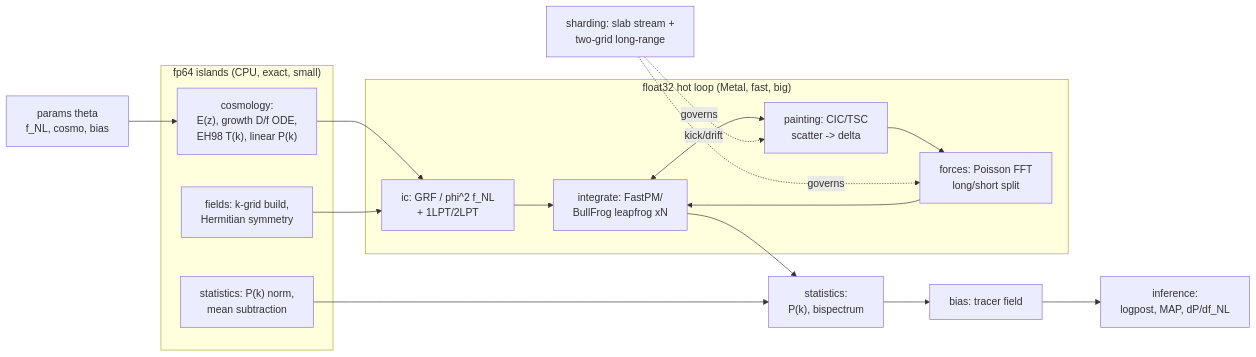
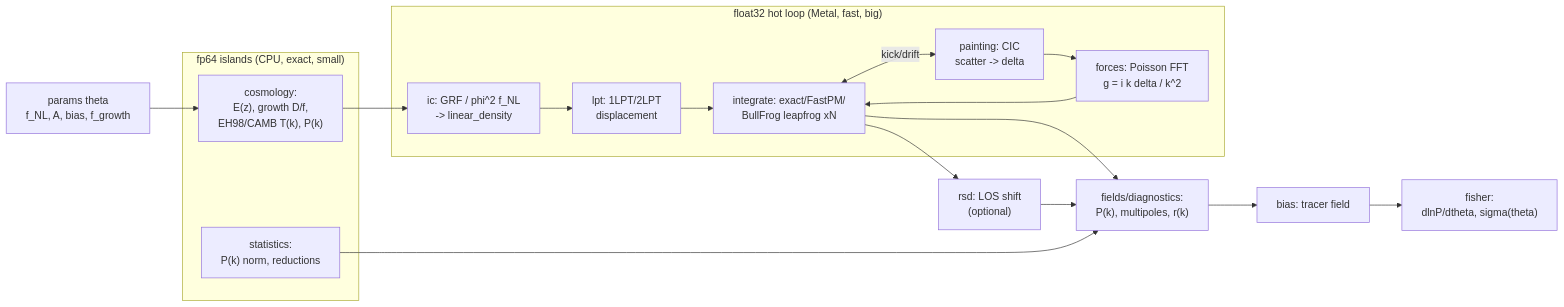
One commit to jrcheshire/mbody changed the second of 2 diagrams in docs/architecture-plan.md. Above: the diagram before and after it, drawn with Mermaid. The commit also changed other lines of this file and 4 other files, not shown here.

````diff
--- a/docs/architecture-plan.md
+++ b/docs/architecture-plan.md
@@ -86,27 +89,27 @@
 ```mermaid
 flowchart LR
-  theta["params theta\nf_NL, cosmo, bias"] --> bg
+  theta["params theta\nf_NL, A, bias, f_growth"] --> bg
   subgraph CPU64["fp64 islands  (CPU, exact, small)"]
-    bg["cosmology:\nE(z), growth D/f ODE,\nEH98 T(k), linear P(k)"]
-    kg["fields: k-grid build,\nHermitian symmetry"]
-    norm["statistics: P(k) norm,\nmean subtraction"]
+    bg["cosmology:\nE(z), growth D/f,\nEH98/CAMB T(k), P(k)"]
+    norm["statistics:\nP(k) norm, reductions"]
   end
   subgraph GPU32["float32 hot loop  (Metal, fast, big)"]
-    ic["ic: GRF / phi^2 f_NL\n+ 1LPT/2LPT"]
-    paint["painting: CIC/TSC\nscatter -> delta"]
-    force["forces: Poisson FFT\nlong/short split"]
-    step["integrate: FastPM/\nBullFrog leapfrog xN"]
+    ic["ic: GRF / phi^2 f_NL\n-> linear_density"]
+    lpt["lpt: 1LPT/2LPT\ndisplacement"]
+    step["integrate: exact/FastPM/\nBullFrog leapfrog xN"]
+    paint["painting: CIC\nscatter -> delta"]
+    force["forces: Poisson FFT\ng = i k delta / k^2"]
   end
   bg --> ic
-  kg --> ic
-  ic --> step
+  ic --> lpt
+  lpt --> step
   step <-->|kick/drift| paint
   paint --> force
   force --> step
-  step --> stat["statistics:\nP(k), bispectrum"]
+  step --> rsd["rsd: LOS shift\n(optional)"]
+  rsd --> stat["fields/diagnostics:\nP(k), multipoles, r(k)"]
+  step --> stat
   norm --> stat
   stat --> bias["bias: tracer field"]
-  bias --> infer["inference:\nlogpost, MAP, dP/df_NL"]
-  shard["sharding: slab stream +\ntwo-grid long-range"] -.governs.-> paint
-  shard -.governs.-> force
+  bias --> fisher["fisher:\ndlnP/dtheta, sigma(theta)"]
 ```
````
